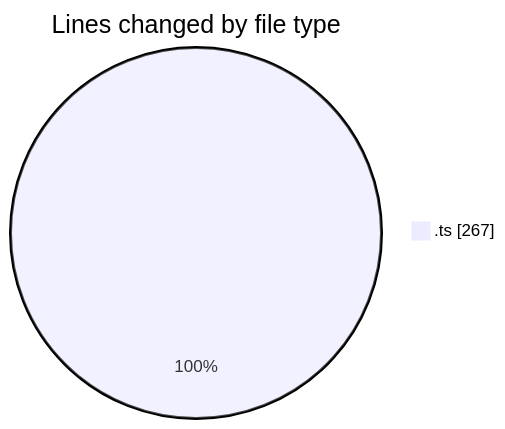
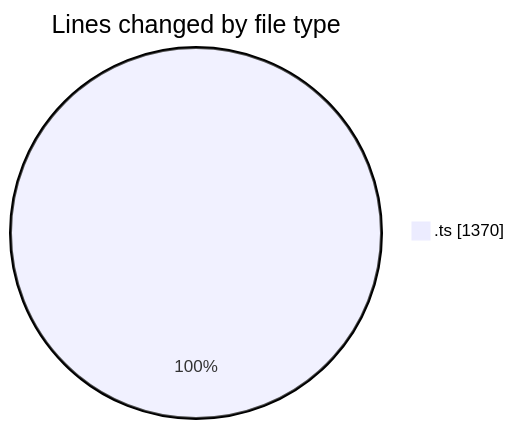
Before and after one commit to tmsrecording-cyber/code-tracking: the first of 2 diagrams in 2026-02-07/singularitybrainai/README.md, drawn with Mermaid. The commit also changed other lines of this file and 1 other file, not shown here.

````diff
--- a/2026-02-07/singularitybrainai/README.md
+++ b/2026-02-07/singularitybrainai/README.md
@@ -21,5 +22,5 @@
 ```mermaid
 pie showData
 title Lines changed by file type
-".ts" : 267
+".ts" : 1370
 ```
````
